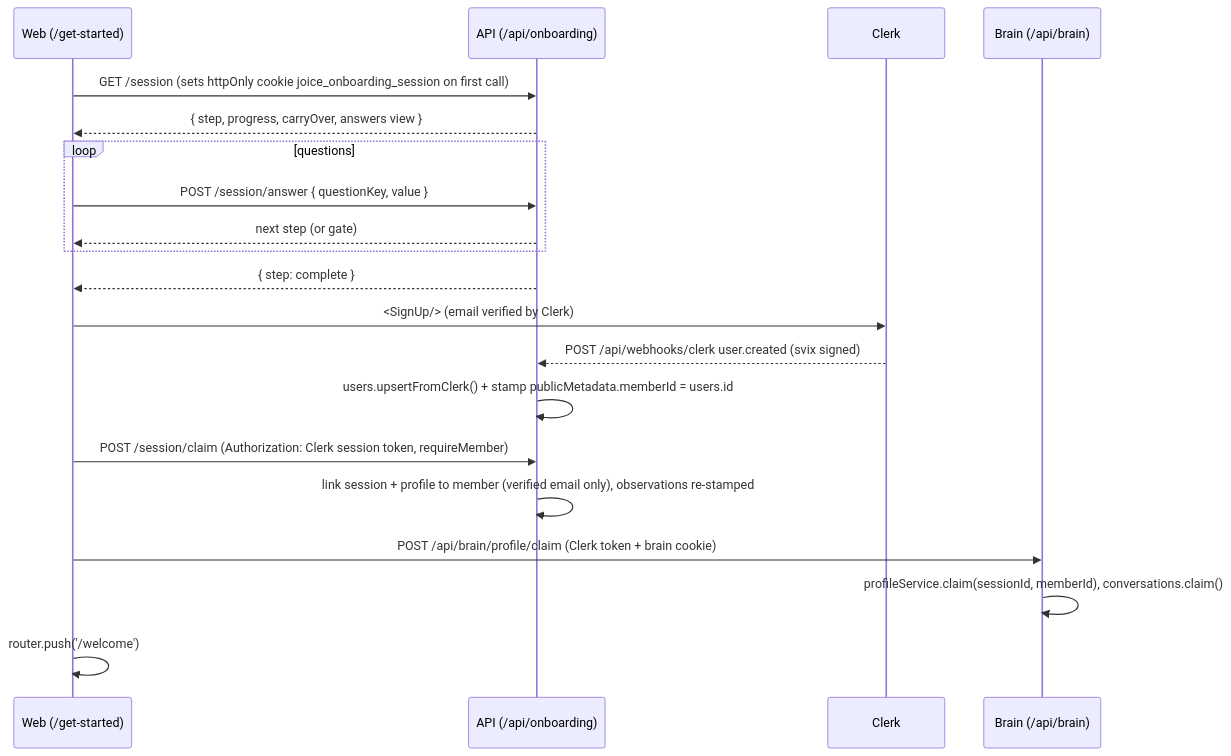
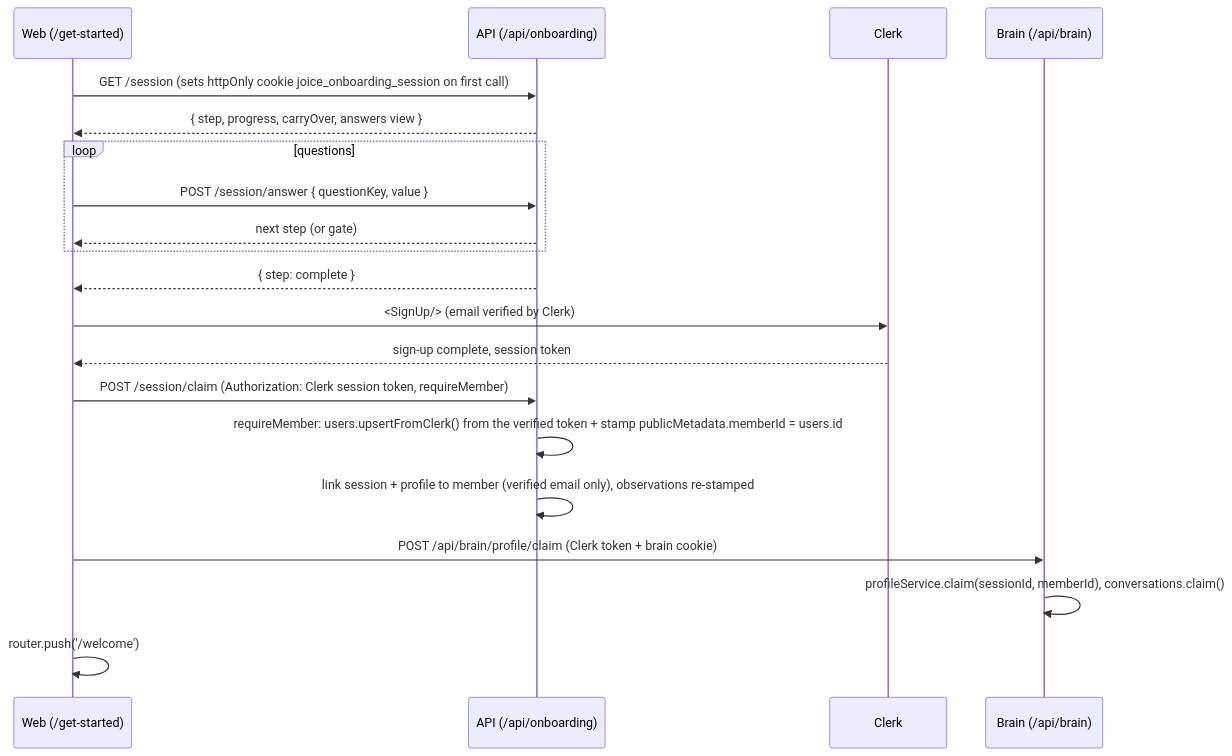
One commit to Joice-Health/Joice changed the sixth of 9 diagrams in docs/onboarding/00-plan.md. Above: the diagram before and after it, drawn with Mermaid. The commit also changed other lines of this file and 1 other file, not shown here.

First line of the commit message:
Brief: no Clerk webhook; the member record is created from the sign-up response

````diff
--- a/docs/onboarding/00-plan.md
+++ b/docs/onboarding/00-plan.md
@@ -517,22 +517,22 @@
 ```mermaid
 sequenceDiagram
   participant W as Web (/get-started)
   participant A as API (/api/onboarding)
   participant C as Clerk
   participant B as Brain (/api/brain)
   W->>A: GET /session (sets httpOnly cookie joice_onboarding_session on first call)
   A-->>W: { step, progress, carryOver, answers view }
   loop questions
     W->>A: POST /session/answer { questionKey, value }
     A-->>W: next step (or gate)
   end
   A-->>W: { step: complete }
   W->>C: <SignUp/> (email verified by Clerk)
-  C-->>A: POST /api/webhooks/clerk user.created (svix signed)
-  A->>A: users.upsertFromClerk() + stamp publicMetadata.memberId = users.id
+  C-->>W: sign-up complete, session token
   W->>A: POST /session/claim (Authorization: Clerk session token, requireMember)
+  A->>A: requireMember: users.upsertFromClerk() from the verified token + stamp publicMetadata.memberId = users.id
   A->>A: link session + profile to member (verified email only), observations re-stamped
   W->>B: POST /api/brain/profile/claim (Clerk token + brain cookie)
   B->>B: profileService.claim(sessionId, memberId), conversations.claim()
   W->>W: router.push('/welcome')
 ```
````
